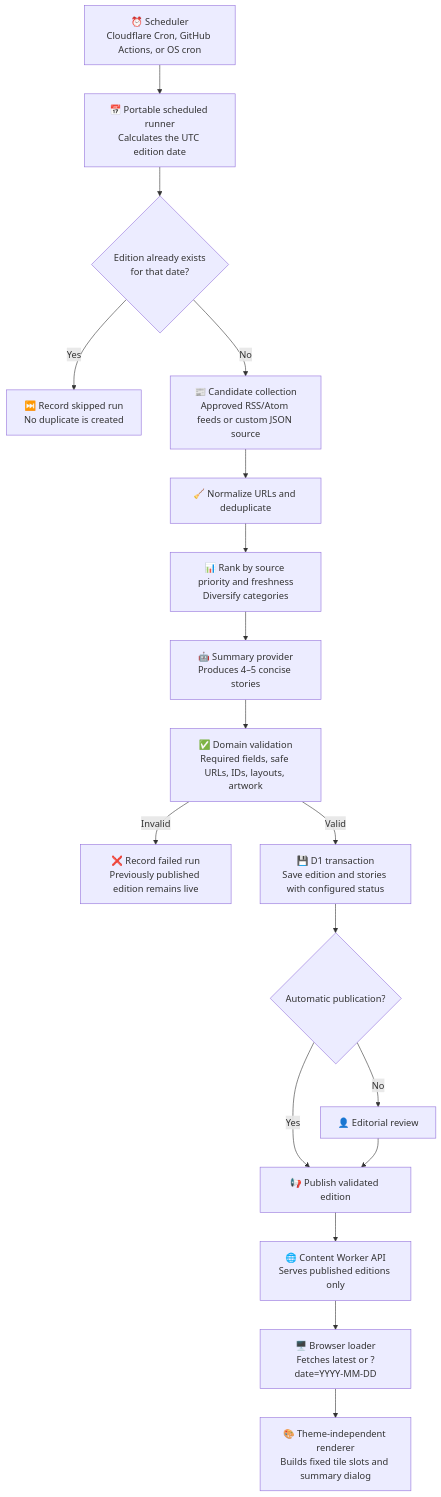
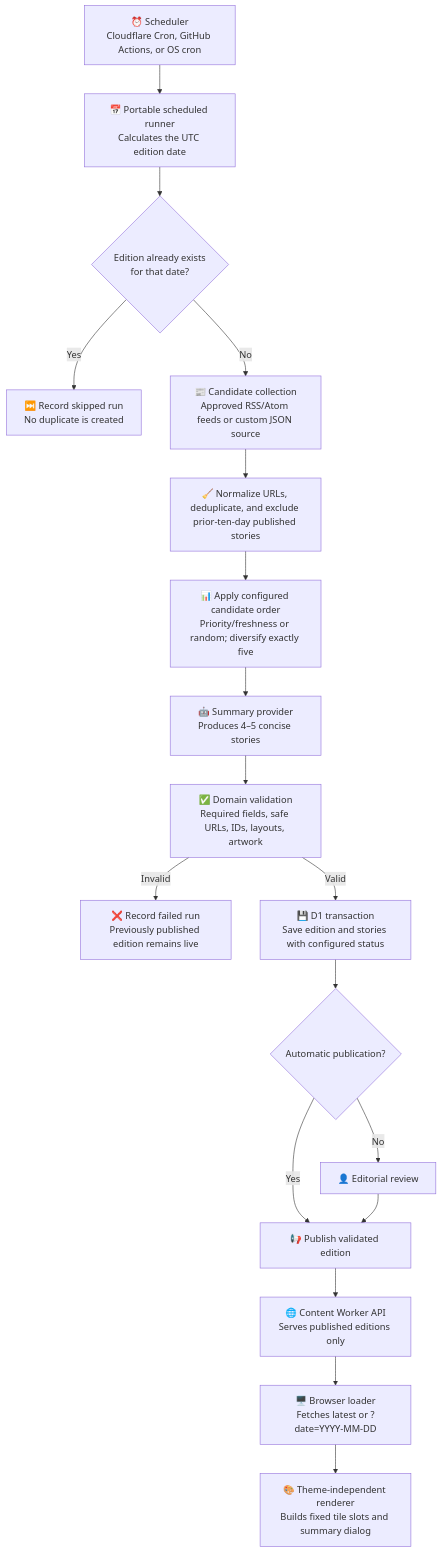
The diagram in docs/CONTENT_ENGINE.md (RadheCode/AINuggets), drawn with Mermaid before and after one commit. The commit also changed other lines of this file and 23 other files, not shown here.

````diff
--- a/docs/CONTENT_ENGINE.md
+++ b/docs/CONTENT_ENGINE.md
@@ -18,22 +18,22 @@
 ```mermaid
 flowchart TD
     A["⏰ Scheduler\nCloudflare Cron, GitHub Actions, or OS cron"] --> B["📅 Portable scheduled runner\nCalculates the UTC edition date"]
     B --> C{"Edition already exists\nfor that date?"}
 
     C -- "Yes" --> D["⏭️ Record skipped run\nNo duplicate is created"]
     C -- "No" --> E["📰 Candidate collection\nApproved RSS/Atom feeds or custom JSON source"]
-    E --> F["🧹 Normalize URLs and deduplicate"]
-    F --> G["📊 Rank by source priority and freshness\nDiversify categories"]
+    E --> F["🧹 Normalize URLs, deduplicate, and exclude prior-ten-day published stories"]
+    F --> G["📊 Apply configured candidate order\nPriority/freshness or random; diversify exactly five"]
     G --> H["🤖 Summary provider\nProduces 4–5 concise stories"]
     H --> I["✅ Domain validation\nRequired fields, safe URLs, IDs, layouts, artwork"]
 
     I -- "Invalid" --> J["❌ Record failed run\nPreviously published edition remains live"]
     I -- "Valid" --> K["💾 D1 transaction\nSave edition and stories with configured status"]
     K --> L{"Automatic publication?"}
     L -- "Yes" --> M["📢 Publish validated edition"]
     L -- "No" --> Q["👤 Editorial review"] --> M
 
     M --> N["🌐 Content Worker API\nServes published editions only"]
     N --> O["🖥️ Browser loader\nFetches latest or ?date=YYYY-MM-DD"]
     O --> P["🎨 Theme-independent renderer\nBuilds fixed tile slots and summary dialog"]
 ```
````
